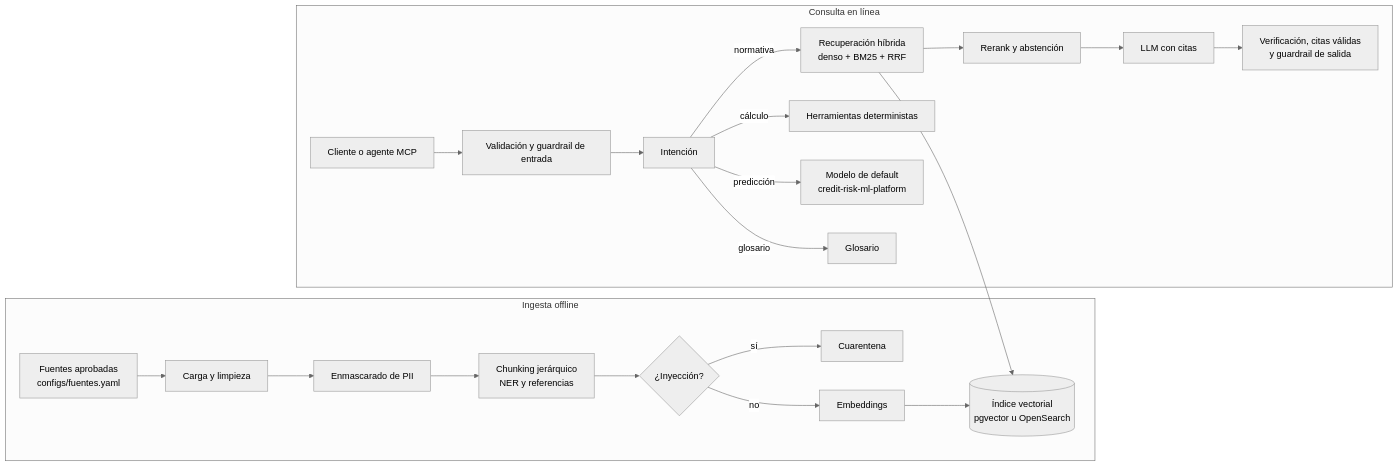
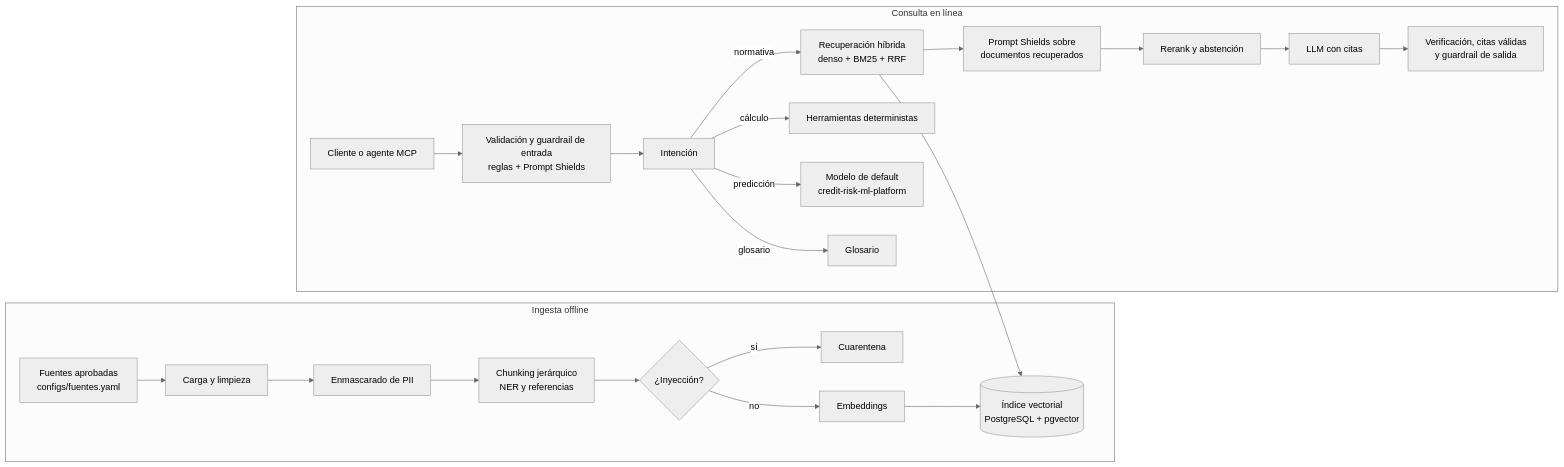
Before and after one commit to wilder14-eslu/rag-riesgo-credito-seguros: the first of 2 diagrams in docs/02_arquitectura.md, drawn with Mermaid (neutral theme). The commit also changed other lines of this file and 59 other files, not shown here.

````diff
--- a/docs/02_arquitectura.md
+++ b/docs/02_arquitectura.md
@@ -5,25 +5,26 @@
 ```mermaid
 flowchart LR
     subgraph Ingesta[Ingesta offline]
         A[Fuentes aprobadas<br/>configs/fuentes.yaml] --> B[Carga y limpieza]
         B --> C[Enmascarado de PII]
         C --> D[Chunking jerárquico<br/>NER y referencias]
         D --> E{¿Inyección?}
         E -->|sí| Q[Cuarentena]
         E -->|no| F[Embeddings]
-        F --> G[(Índice vectorial<br/>pgvector u OpenSearch)]
+        F --> G[(Índice vectorial<br/>PostgreSQL + pgvector)]
     end
 
     subgraph Consulta[Consulta en línea]
-        U[Cliente o agente MCP] --> V[Validación y guardrail de entrada]
+        U[Cliente o agente MCP] --> V[Validación y guardrail de entrada<br/>reglas + Prompt Shields]
         V --> I[Intención]
         I -->|normativa| R[Recuperación híbrida<br/>denso + BM25 + RRF]
         R --> G
-        R --> K[Rerank y abstención]
+        R --> PS[Prompt Shields sobre<br/>documentos recuperados]
+        PS --> K[Rerank y abstención]
         K --> L[LLM con citas]
         L --> O[Verificación, citas válidas<br/>y guardrail de salida]
         I -->|cálculo| T[Herramientas deterministas]
         I -->|predicción| M[Modelo de default<br/>credit-risk-ml-platform]
         I -->|glosario| GL[Glosario]
     end
 ```
````
